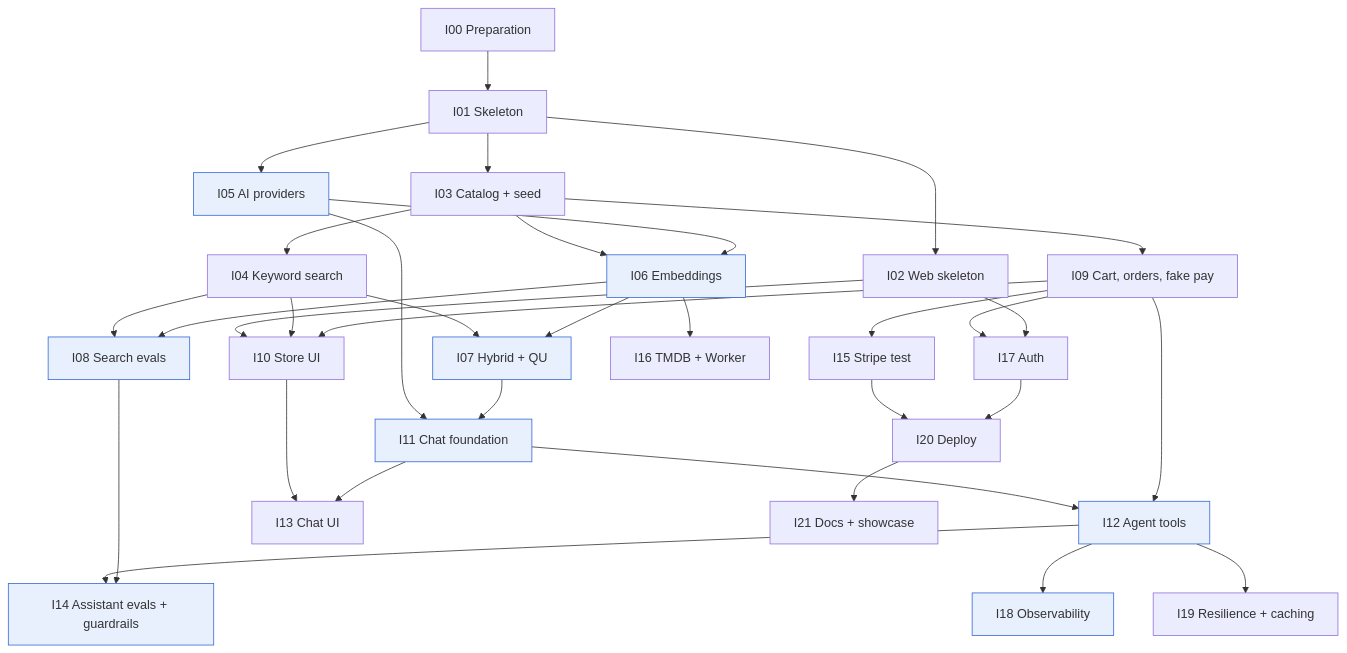
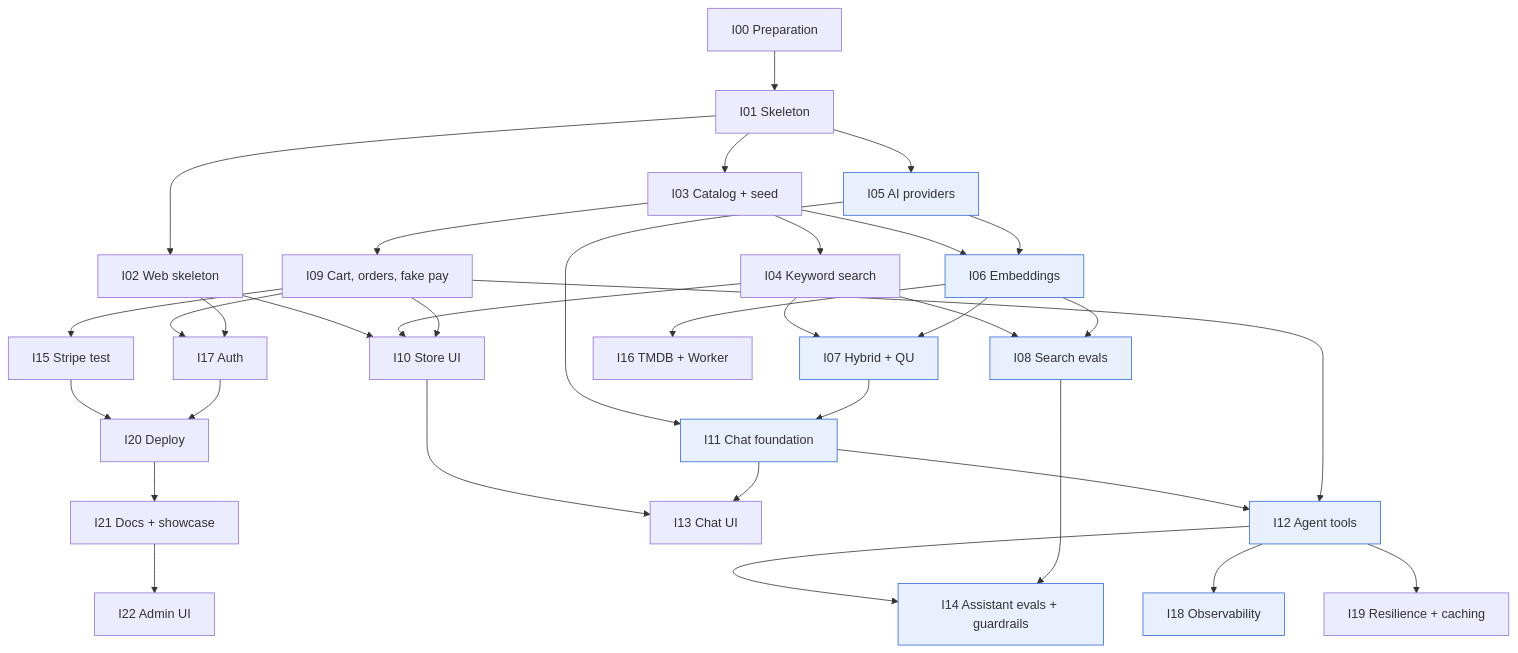
The diagram in docs/plan/roadmap.md (gray0072/ai-rag-film-search), drawn with Mermaid before and after one commit. The commit also changed other lines of this file and 54 other files, not shown here.

````diff
--- a/docs/plan/roadmap.md
+++ b/docs/plan/roadmap.md
@@ -51,38 +52,39 @@
 ```mermaid
 flowchart TD
     I00[I00 Preparation] --> I01[I01 Skeleton]
     I01 --> I02[I02 Web skeleton]
     I01 --> I03[I03 Catalog + seed]
     I01 --> I05[I05 AI providers]
     I03 --> I04[I04 Keyword search]
     I03 --> I06[I06 Embeddings]
     I05 --> I06
     I03 --> I09[I09 Cart, orders, fake pay]
     I04 --> I07[I07 Hybrid + QU]
     I06 --> I07
     I04 --> I08[I08 Search evals]
     I06 --> I08
     I02 --> I10[I10 Store UI]
     I04 --> I10
     I09 --> I10
     I09 --> I15[I15 Stripe test]
     I05 --> I11[I11 Chat foundation]
     I07 --> I11
     I06 --> I16[I16 TMDB + Worker]
     I09 --> I17[I17 Auth]
     I02 --> I17
     I11 --> I12[I12 Agent tools]
     I09 --> I12
     I10 --> I13[I13 Chat UI]
     I11 --> I13
     I12 --> I14[I14 Assistant evals + guardrails]
     I08 --> I14
     I12 --> I18[I18 Observability]
     I12 --> I19[I19 Resilience + caching]
     I15 --> I20[I20 Deploy]
     I17 --> I20
     I20 --> I21[I21 Docs + showcase]
+    I21 --> I22[I22 Admin UI]
 
     classDef ai fill:#e8f0fe,stroke:#3367d6;
     class I05,I06,I07,I08,I11,I12,I14,I18 ai;
 ```
````
